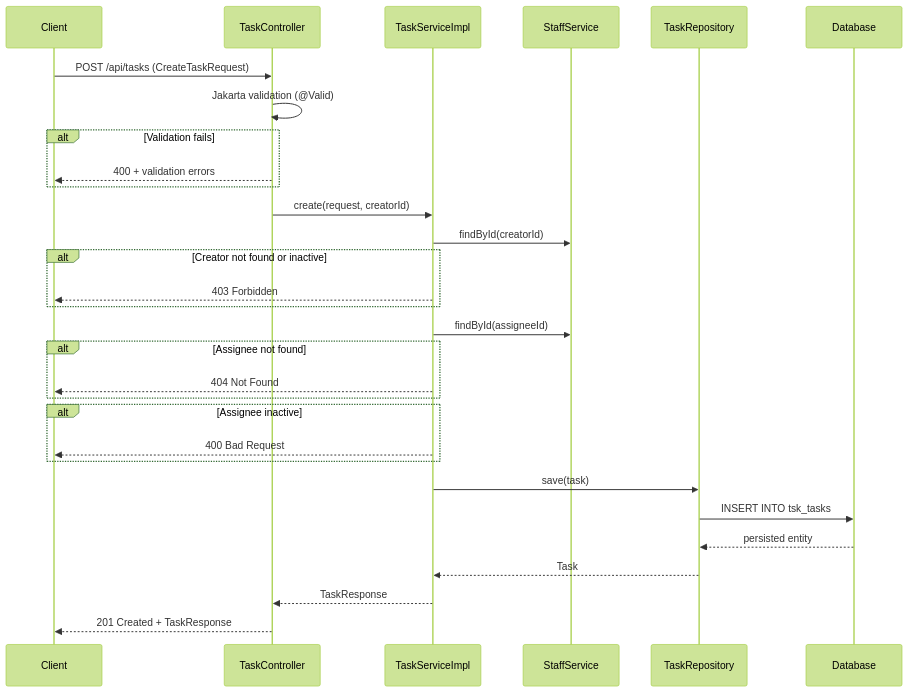
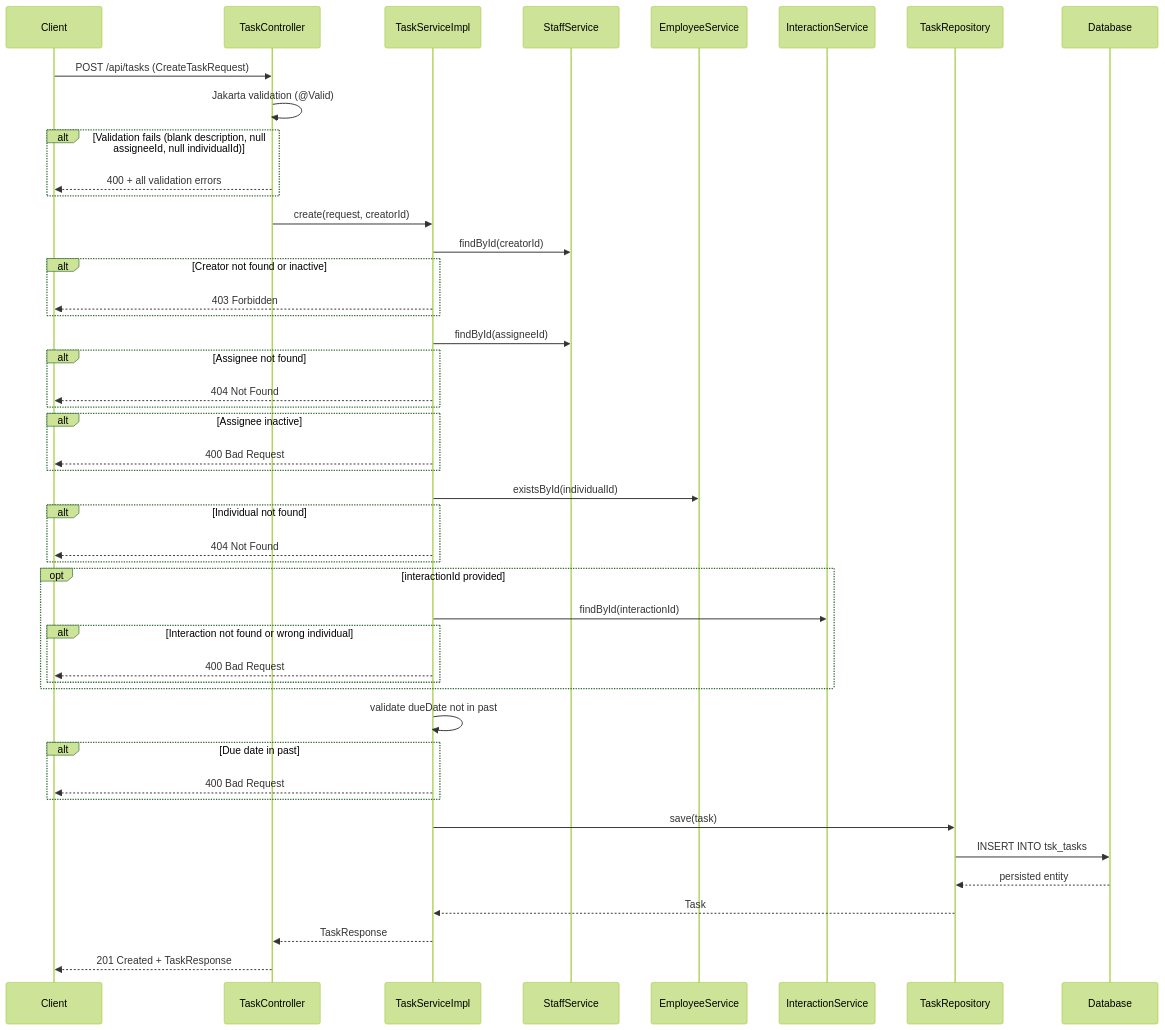
One commit to Liam-Maro/Staff-Engagement-POC changed the second of 4 diagrams in .kiro/specs/staff-task-assignment/design.md. Above: the diagram before and after it, drawn with Mermaid (forest theme). The commit also changed other lines of this file and 64 other files, not shown here.

````diff
--- a/.kiro/specs/staff-task-assignment/design.md
+++ b/.kiro/specs/staff-task-assignment/design.md
@@ -64,33 +97,49 @@
 ```mermaid
 sequenceDiagram
     participant Client
     participant TaskController
     participant TaskServiceImpl
     participant StaffService
+    participant EmployeeService
+    participant InteractionService
     participant TaskRepository
     participant Database
 
     Client->>TaskController: POST /api/tasks (CreateTaskRequest)
     TaskController->>TaskController: Jakarta validation (@Valid)
-    alt Validation fails
-        TaskController-->>Client: 400 + validation errors
+    alt Validation fails (blank description, null assigneeId, null individualId)
+        TaskController-->>Client: 400 + all validation errors
     end
     TaskController->>TaskServiceImpl: create(request, creatorId)
     TaskServiceImpl->>StaffService: findById(creatorId)
     alt Creator not found or inactive
         TaskServiceImpl-->>Client: 403 Forbidden
     end
     TaskServiceImpl->>StaffService: findById(assigneeId)
     alt Assignee not found
         TaskServiceImpl-->>Client: 404 Not Found
     end
     alt Assignee inactive
         TaskServiceImpl-->>Client: 400 Bad Request
     end
+    TaskServiceImpl->>EmployeeService: existsById(individualId)
+    alt Individual not found
+        TaskServiceImpl-->>Client: 404 Not Found
+    end
+    opt interactionId provided
+        TaskServiceImpl->>InteractionService: findById(interactionId)
+        alt Interaction not found or wrong individual
+            TaskServiceImpl-->>Client: 400 Bad Request
+        end
+    end
+    TaskServiceImpl->>TaskServiceImpl: validate dueDate not in past
+    alt Due date in past
+        TaskServiceImpl-->>Client: 400 Bad Request
+    end
     TaskServiceImpl->>TaskRepository: save(task)
     TaskRepository->>Database: INSERT INTO tsk_tasks
     Database-->>TaskRepository: persisted entity
     TaskRepository-->>TaskServiceImpl: Task
     TaskServiceImpl-->>TaskController: TaskResponse
     TaskController-->>Client: 201 Created + TaskResponse
 ```
````
